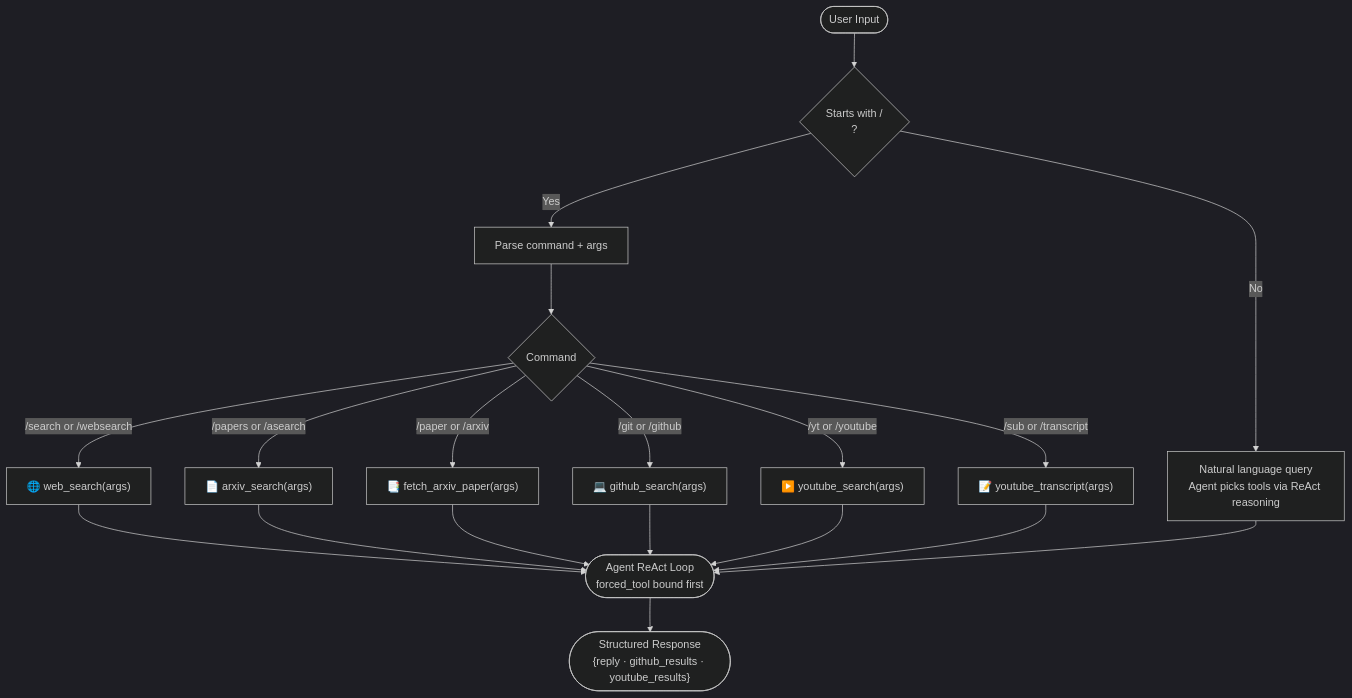
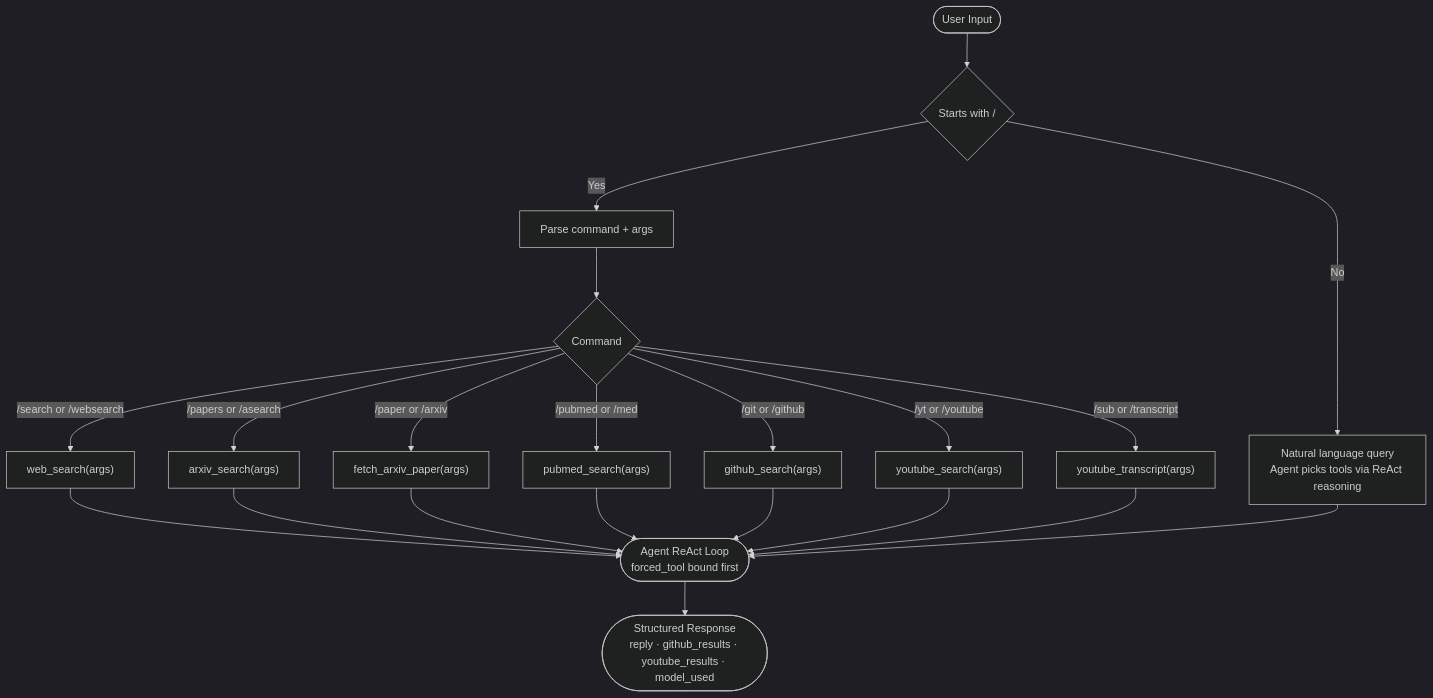
Before and after one commit to HAMZOO0/personal-research-agent: the seventh of 7 diagrams in readme.md, drawn with Mermaid (dark theme). The commit also changed other lines of this file and 19 other files, not shown here.

````diff
--- a/readme.md
+++ b/readme.md
@@ -374,29 +542,24 @@
 ```mermaid
 flowchart TD
     Input(["User Input"])
-
-    Input --> IsSlash{Starts with /\n?}
-
+    Input --> IsSlash{Starts with /}
     IsSlash -->|No| DirectChat["Natural language query\nAgent picks tools via ReAct reasoning"]
-
     IsSlash -->|Yes| ParseCmd["Parse command + args"]
-
     ParseCmd --> CmdMap{Command}
-
-    CmdMap -->|"/search or /websearch"| WSTool["🌐 web_search(args)"]
-    CmdMap -->|"/papers or /asearch"| ASTool["📄 arxiv_search(args)"]
-    CmdMap -->|"/paper or /arxiv"| AFTool["📑 fetch_arxiv_paper(args)"]
-    CmdMap -->|"/git or /github"| GHTool["💻 github_search(args)"]
-    CmdMap -->|"/yt or /youtube"| YSTool["▶️ youtube_search(args)"]
-    CmdMap -->|"/sub or /transcript"| YTTool["📝 youtube_transcript(args)"]
-
+    CmdMap -->|"/search or /websearch"| WSTool["web_search(args)"]
+    CmdMap -->|"/papers or /asearch"| ASTool["arxiv_search(args)"]
+    CmdMap -->|"/paper or /arxiv"| AFTool["fetch_arxiv_paper(args)"]
+    CmdMap -->|"/pubmed or /med"| PMTool["pubmed_search(args)"]
+    CmdMap -->|"/git or /github"| GHTool["github_search(args)"]
+    CmdMap -->|"/yt or /youtube"| YSTool["youtube_search(args)"]
+    CmdMap -->|"/sub or /transcript"| YTTool["youtube_transcript(args)"]
     WSTool --> AgentLoop(["Agent ReAct Loop\nforced_tool bound first"])
     ASTool --> AgentLoop
     AFTool --> AgentLoop
+    PMTool --> AgentLoop
     GHTool --> AgentLoop
     YSTool --> AgentLoop
     YTTool --> AgentLoop
     DirectChat --> AgentLoop
-
-    AgentLoop --> Reply(["Structured Response\n{reply · github_results · youtube_results}"])
+    AgentLoop --> Reply(["Structured Response\nreply · github_results · youtube_results · model_used"])
 ```
````
